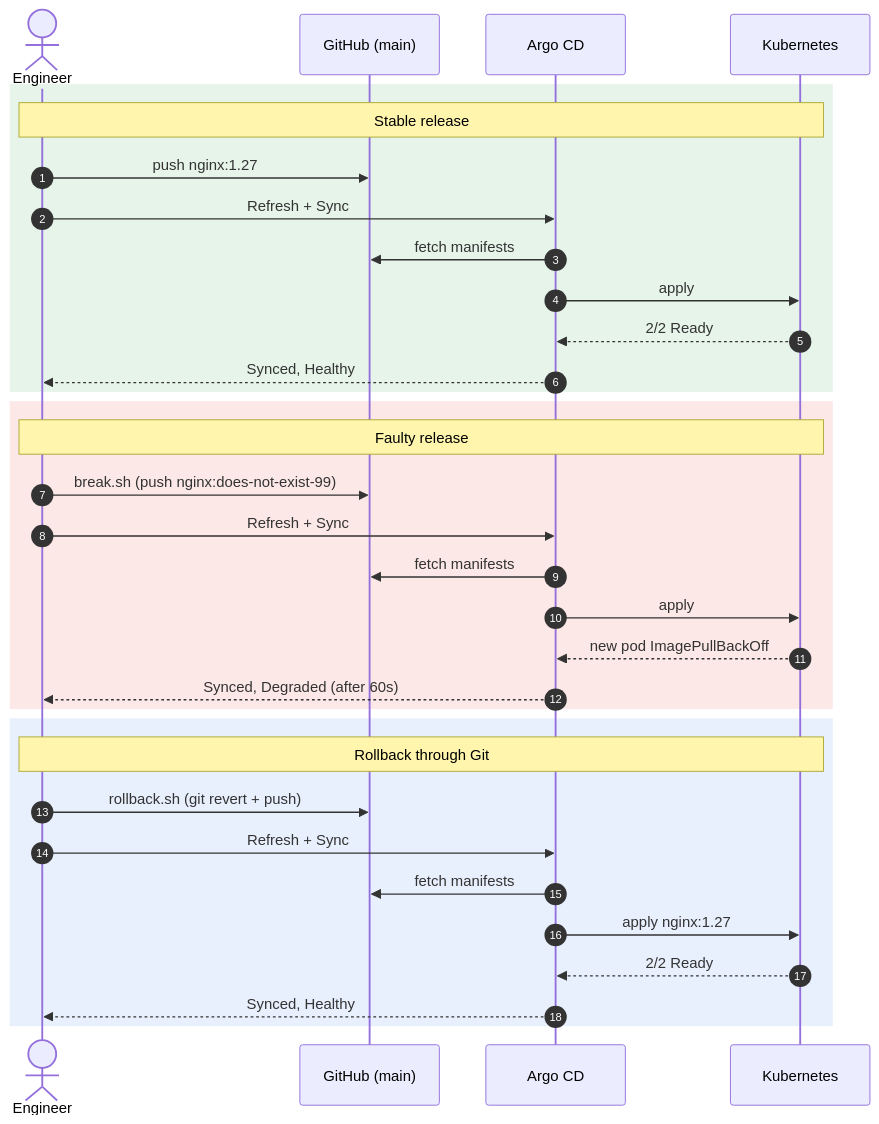
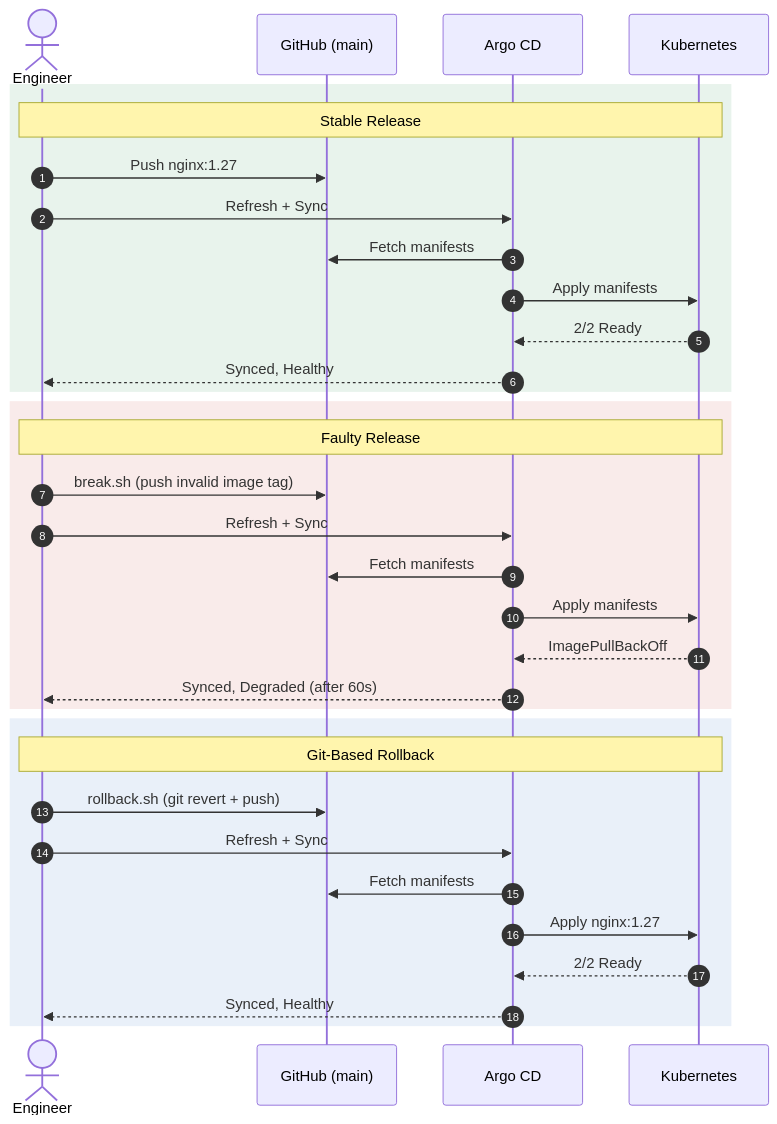
One commit to aliaagamall/site-reliability-engineering changed the diagram in module-03-sre-operations-and-toil/part-03-gitops-and-ai-for-site-reliability-engineering/argocd-rollback-lab/README.md. Above: the diagram before and after it, drawn with Mermaid. The commit also changed other lines of this file, not shown here.

Commit message:
docs(argocd): refine deployment workflow diagram

````diff
--- a/module-03-sre-operations-and-toil/part-03-gitops-and-ai-for-site-reliability-engineering/argocd-rollback-lab/README.md
+++ b/module-03-sre-operations-and-toil/part-03-gitops-and-ai-for-site-reliability-engineering/argocd-rollback-lab/README.md
@@ -139,38 +19,38 @@
 ```mermaid
 sequenceDiagram
     autonumber
     actor Eng as Engineer
     participant Git as GitHub (main)
     participant Argo as Argo CD
     participant K8s as Kubernetes
 
-    rect rgb(230, 244, 234)
-    Note over Eng,K8s: Stable release
-    Eng->>Git: push nginx:1.27
-    Eng->>Argo: Refresh + Sync
-    Argo->>Git: fetch manifests
-    Argo->>K8s: apply
-    K8s-->>Argo: 2/2 Ready
-    Argo-->>Eng: Synced, Healthy
+    rect rgb(232, 243, 236)
+        Note over Eng,K8s: Stable Release
+        Eng->>Git: Push nginx:1.27
+        Eng->>Argo: Refresh + Sync
+        Argo->>Git: Fetch manifests
+        Argo->>K8s: Apply manifests
+        K8s-->>Argo: 2/2 Ready
+        Argo-->>Eng: Synced, Healthy
     end
 
-    rect rgb(252, 232, 230)
-    Note over Eng,K8s: Faulty release
-    Eng->>Git: break.sh (push nginx:does-not-exist-99)
-    Eng->>Argo: Refresh + Sync
-    Argo->>Git: fetch manifests
-    Argo->>K8s: apply
-    K8s-->>Argo: new pod ImagePullBackOff
-    Argo-->>Eng: Synced, Degraded (after 60s)
+    rect rgb(249, 235, 234)
+        Note over Eng,K8s: Faulty Release
+        Eng->>Git: break.sh (push invalid image tag)
+        Eng->>Argo: Refresh + Sync
+        Argo->>Git: Fetch manifests
+        Argo->>K8s: Apply manifests
+        K8s-->>Argo: ImagePullBackOff
+        Argo-->>Eng: Synced, Degraded (after 60s)
     end
 
-    rect rgb(232, 240, 254)
-    Note over Eng,K8s: Rollback through Git
-    Eng->>Git: rollback.sh (git revert + push)
-    Eng->>Argo: Refresh + Sync
-    Argo->>Git: fetch manifests
-    Argo->>K8s: apply nginx:1.27
-    K8s-->>Argo: 2/2 Ready
-    Argo-->>Eng: Synced, Healthy
+    rect rgb(233, 240, 249)
+        Note over Eng,K8s: Git-Based Rollback
+        Eng->>Git: rollback.sh (git revert + push)
+        Eng->>Argo: Refresh + Sync
+        Argo->>Git: Fetch manifests
+        Argo->>K8s: Apply nginx:1.27
+        K8s-->>Argo: 2/2 Ready
+        Argo-->>Eng: Synced, Healthy
     end
 ```
````
